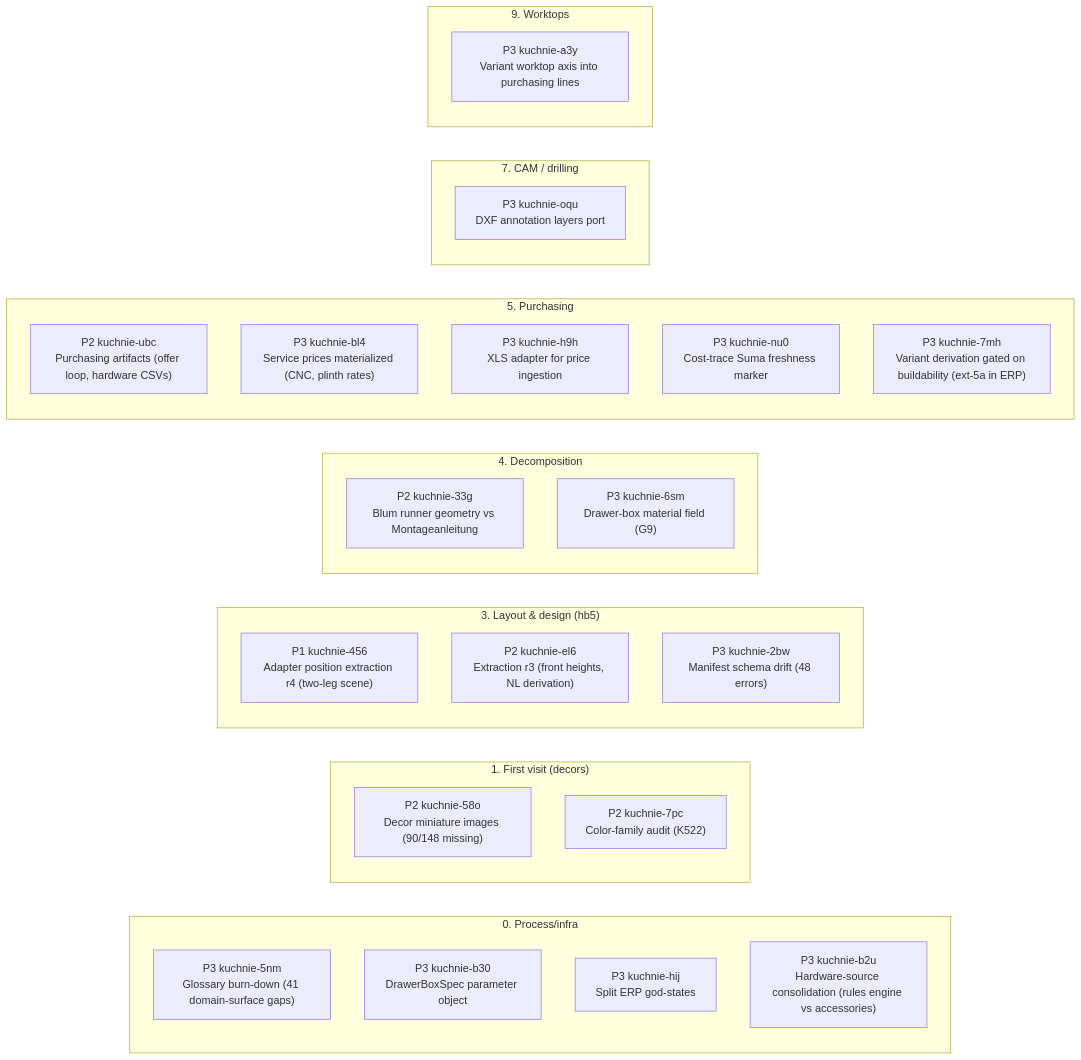
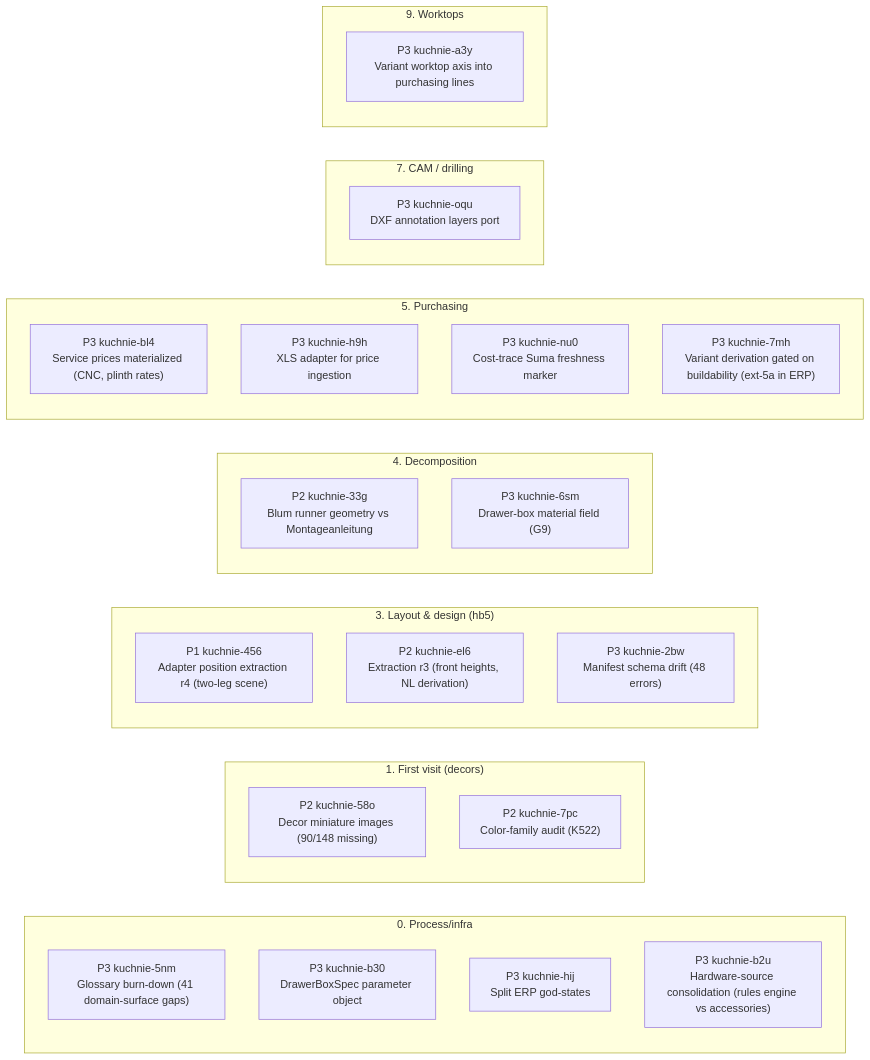
Before and after one commit to m1981/kuchnie: the first of 2 diagrams in STATUS.md, drawn with Mermaid. The commit also changed other lines of this file and 1 other file, not shown here.

````diff
--- a/STATUS.md
+++ b/STATUS.md
@@ -125,35 +130,34 @@
 ```mermaid
 flowchart LR
     subgraph s0 ["0. Process/infra"]
         kuchnie_5nm["P3 kuchnie-5nm<br/>Glossary burn-down (41 domain-surface gaps)"]
         kuchnie_b30["P3 kuchnie-b30<br/>DrawerBoxSpec parameter object"]
         kuchnie_hij["P3 kuchnie-hij<br/>Split ERP god-states"]
         kuchnie_b2u["P3 kuchnie-b2u<br/>Hardware-source consolidation (rules engine vs accessories)"]
     end
     subgraph s1 ["1. First visit (decors)"]
         kuchnie_58o["P2 kuchnie-58o<br/>Decor miniature images (90/148 missing)"]
         kuchnie_7pc["P2 kuchnie-7pc<br/>Color-family audit (K522)"]
     end
     subgraph s3 ["3. Layout & design (hb5)"]
         kuchnie_456["P1 kuchnie-456<br/>Adapter position extraction r4 (two-leg scene)"]
         kuchnie_el6["P2 kuchnie-el6<br/>Extraction r3 (front heights, NL derivation)"]
         kuchnie_2bw["P3 kuchnie-2bw<br/>Manifest schema drift (48 errors)"]
     end
     subgraph s4 ["4. Decomposition"]
         kuchnie_33g["P2 kuchnie-33g<br/>Blum runner geometry vs Montageanleitung"]
         kuchnie_6sm["P3 kuchnie-6sm<br/>Drawer-box material field (G9)"]
     end
     subgraph s5 ["5. Purchasing"]
-        kuchnie_ubc["P2 kuchnie-ubc<br/>Purchasing artifacts (offer loop, hardware CSVs)"]
         kuchnie_bl4["P3 kuchnie-bl4<br/>Service prices materialized (CNC, plinth rates)"]
         kuchnie_h9h["P3 kuchnie-h9h<br/>XLS adapter for price ingestion"]
         kuchnie_nu0["P3 kuchnie-nu0<br/>Cost-trace Suma freshness marker"]
         kuchnie_7mh["P3 kuchnie-7mh<br/>Variant derivation gated on buildability (ext-5a in ERP)"]
     end
     subgraph s7 ["7. CAM / drilling"]
         kuchnie_oqu["P3 kuchnie-oqu<br/>DXF annotation layers port"]
     end
     subgraph s9 ["9. Worktops"]
         kuchnie_a3y["P3 kuchnie-a3y<br/>Variant worktop axis into purchasing lines"]
     end
 ```
````
